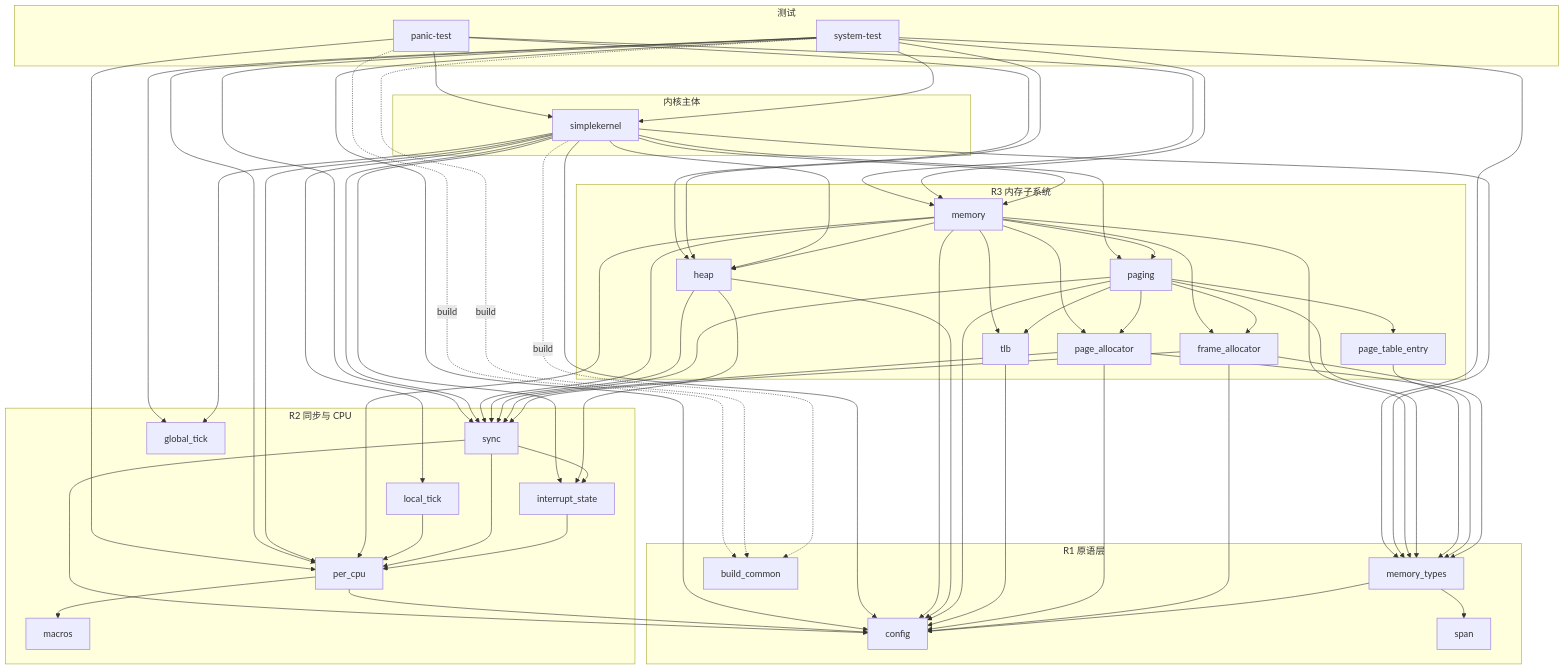
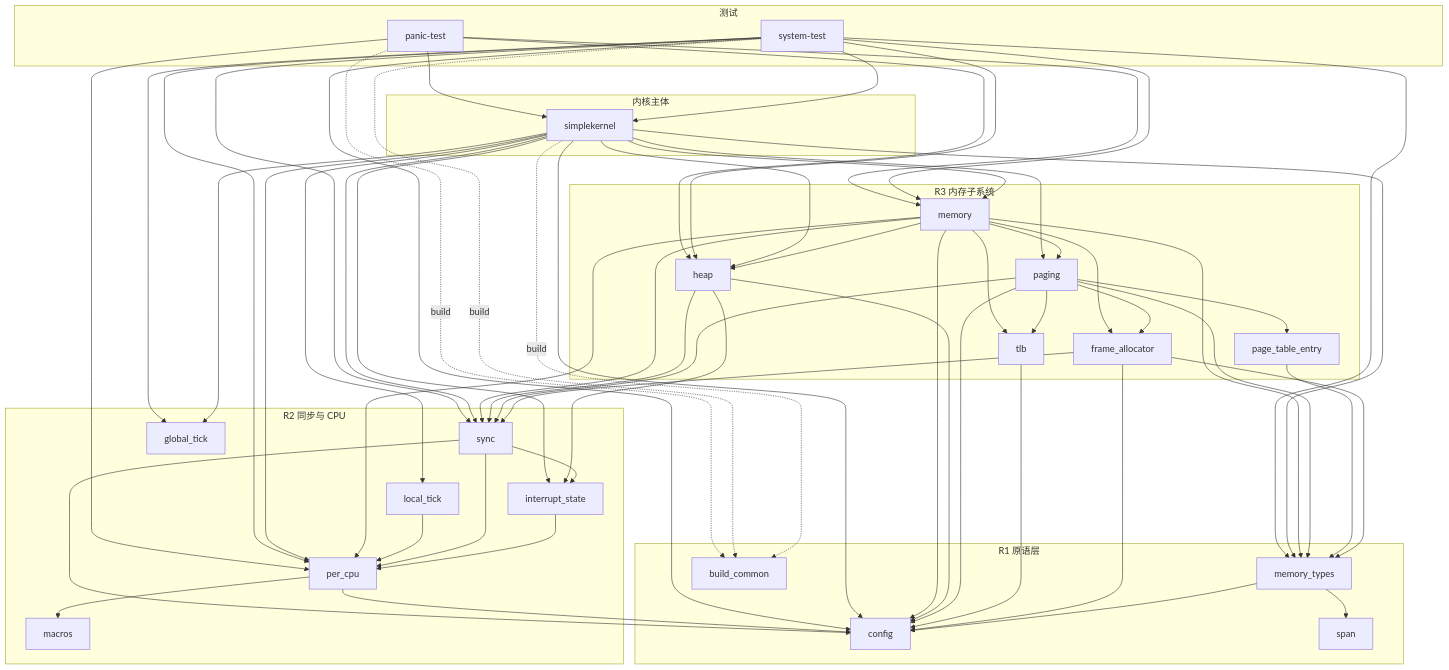
Before and after one commit to MRNIU/SimpleKernel: the diagram in docs/diagrams/crate-dependency-graph.md, drawn with Mermaid. The commit also changed other lines of this file and 5 other files, not shown here.

```diff
--- a/docs/diagrams/crate-dependency-graph.md
+++ b/docs/diagrams/crate-dependency-graph.md
@@ -35,7 +35,6 @@
 
     subgraph R3["R3 内存子系统"]
         frame_allocator
-        page_allocator
         page_table_entry
         tlb
         paging
@@ -60,15 +59,11 @@
     frame_allocator --> config
     frame_allocator --> memory_types
     frame_allocator --> sync
-    page_allocator --> config
-    page_allocator --> memory_types
-    page_allocator --> sync
     page_table_entry --> memory_types
     tlb --> config
     paging --> config
     paging --> frame_allocator
     paging --> memory_types
-    paging --> page_allocator
     paging --> page_table_entry
     paging --> sync
     paging --> tlb
@@ -79,7 +74,6 @@
     memory --> frame_allocator
     memory --> heap
     memory --> memory_types
-    memory --> page_allocator
     memory --> paging
     memory --> per_cpu
     memory --> sync
```
